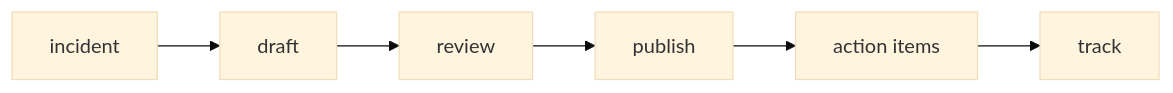
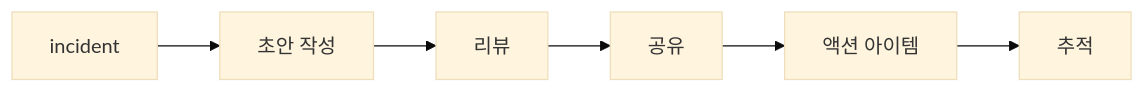
The diagram in content/incident-response-101/ko/08-postmortem.md (yeongseon-books/book-content), drawn with Mermaid (base theme) before and after one commit. The commit also changed other lines of this file and 5 other files, not shown here.

````diff
--- a/content/incident-response-101/ko/08-postmortem.md
+++ b/content/incident-response-101/ko/08-postmortem.md
@@ -33,8 +57,8 @@
 ```mermaid
 flowchart LR
-    Incident["incident"] --> Draft["draft"]
-    Draft --> Review["review"]
-    Review --> Publish["publish"]
-    Publish --> Action["action items"]
-    Action --> Track["track"]
+    Incident["incident"] --> Draft["초안 작성"]
+    Draft --> Review["리뷰"]
+    Review --> Publish["공유"]
+    Publish --> Action["액션 아이템"]
+    Action --> Track["추적"]
 ```
````
